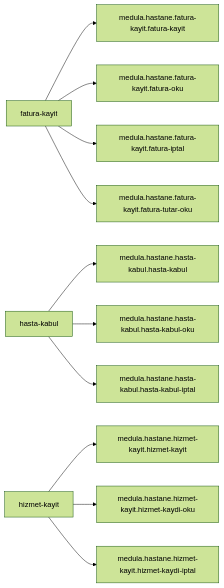
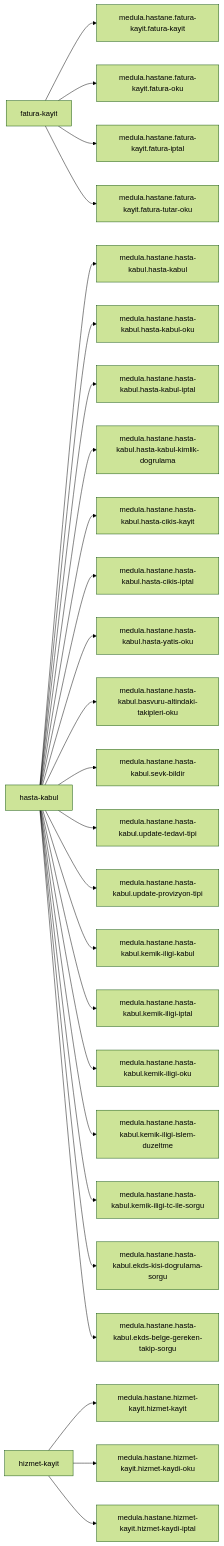
One commit to kefyusuf/claimbridge-medula-spec changed the diagram in diagrams/generated/service-map.mmd. Above: the diagram before and after it, drawn with Mermaid (forest theme). The commit also changed 27 other files, not shown here.

First line of the commit message:
feat: register the guide-listed HastaKabul method expansion

```diff
--- a/diagrams/generated/service-map.mmd
+++ b/diagrams/generated/service-map.mmd
@@ -1,16 +1,31 @@
 %% This file is generated. Do not edit manually.
 
 flowchart LR
   medula_hastane_fatura_kayit["fatura-kayit"]
   medula_hastane_fatura_kayit --> medula_hastane_fatura_kayit_fatura_kayit["medula.hastane.fatura-kayit.fatura-kayit"]
   medula_hastane_fatura_kayit --> medula_hastane_fatura_kayit_fatura_oku["medula.hastane.fatura-kayit.fatura-oku"]
   medula_hastane_fatura_kayit --> medula_hastane_fatura_kayit_fatura_iptal["medula.hastane.fatura-kayit.fatura-iptal"]
   medula_hastane_fatura_kayit --> medula_hastane_fatura_kayit_fatura_tutar_oku["medula.hastane.fatura-kayit.fatura-tutar-oku"]
   medula_hastane_hasta_kabul["hasta-kabul"]
   medula_hastane_hasta_kabul --> medula_hastane_hasta_kabul_hasta_kabul["medula.hastane.hasta-kabul.hasta-kabul"]
   medula_hastane_hasta_kabul --> medula_hastane_hasta_kabul_hasta_kabul_oku["medula.hastane.hasta-kabul.hasta-kabul-oku"]
   medula_hastane_hasta_kabul --> medula_hastane_hasta_kabul_hasta_kabul_iptal["medula.hastane.hasta-kabul.hasta-kabul-iptal"]
+  medula_hastane_hasta_kabul --> medula_hastane_hasta_kabul_hasta_kabul_kimlik_dogrulama["medula.hastane.hasta-kabul.hasta-kabul-kimlik-dogrulama"]
+  medula_hastane_hasta_kabul --> medula_hastane_hasta_kabul_hasta_cikis_kayit["medula.hastane.hasta-kabul.hasta-cikis-kayit"]
+  medula_hastane_hasta_kabul --> medula_hastane_hasta_kabul_hasta_cikis_iptal["medula.hastane.hasta-kabul.hasta-cikis-iptal"]
+  medula_hastane_hasta_kabul --> medula_hastane_hasta_kabul_hasta_yatis_oku["medula.hastane.hasta-kabul.hasta-yatis-oku"]
+  medula_hastane_hasta_kabul --> medula_hastane_hasta_kabul_basvuru_altindaki_takipleri_oku["medula.hastane.hasta-kabul.basvuru-altindaki-takipleri-oku"]
+  medula_hastane_hasta_kabul --> medula_hastane_hasta_kabul_sevk_bildir["medula.hastane.hasta-kabul.sevk-bildir"]
+  medula_hastane_hasta_kabul --> medula_hastane_hasta_kabul_update_tedavi_tipi["medula.hastane.hasta-kabul.update-tedavi-tipi"]
+  medula_hastane_hasta_kabul --> medula_hastane_hasta_kabul_update_provizyon_tipi["medula.hastane.hasta-kabul.update-provizyon-tipi"]
+  medula_hastane_hasta_kabul --> medula_hastane_hasta_kabul_kemik_iligi_kabul["medula.hastane.hasta-kabul.kemik-iligi-kabul"]
+  medula_hastane_hasta_kabul --> medula_hastane_hasta_kabul_kemik_iligi_iptal["medula.hastane.hasta-kabul.kemik-iligi-iptal"]
+  medula_hastane_hasta_kabul --> medula_hastane_hasta_kabul_kemik_iligi_oku["medula.hastane.hasta-kabul.kemik-iligi-oku"]
+  medula_hastane_hasta_kabul --> medula_hastane_hasta_kabul_kemik_iligi_islem_duzeltme["medula.hastane.hasta-kabul.kemik-iligi-islem-duzeltme"]
+  medula_hastane_hasta_kabul --> medula_hastane_hasta_kabul_kemik_iligi_tc_ile_sorgu["medula.hastane.hasta-kabul.kemik-iligi-tc-ile-sorgu"]
+  medula_hastane_hasta_kabul --> medula_hastane_hasta_kabul_ekds_kisi_dogrulama_sorgu["medula.hastane.hasta-kabul.ekds-kisi-dogrulama-sorgu"]
+  medula_hastane_hasta_kabul --> medula_hastane_hasta_kabul_ekds_belge_gereken_takip_sorgu["medula.hastane.hasta-kabul.ekds-belge-gereken-takip-sorgu"]
   medula_hastane_hizmet_kayit["hizmet-kayit"]
   medula_hastane_hizmet_kayit --> medula_hastane_hizmet_kayit_hizmet_kayit["medula.hastane.hizmet-kayit.hizmet-kayit"]
   medula_hastane_hizmet_kayit --> medula_hastane_hizmet_kayit_hizmet_kaydi_oku["medula.hastane.hizmet-kayit.hizmet-kaydi-oku"]
   medula_hastane_hizmet_kayit --> medula_hastane_hizmet_kayit_hizmet_kaydi_iptal["medula.hastane.hizmet-kayit.hizmet-kaydi-iptal"]
```
